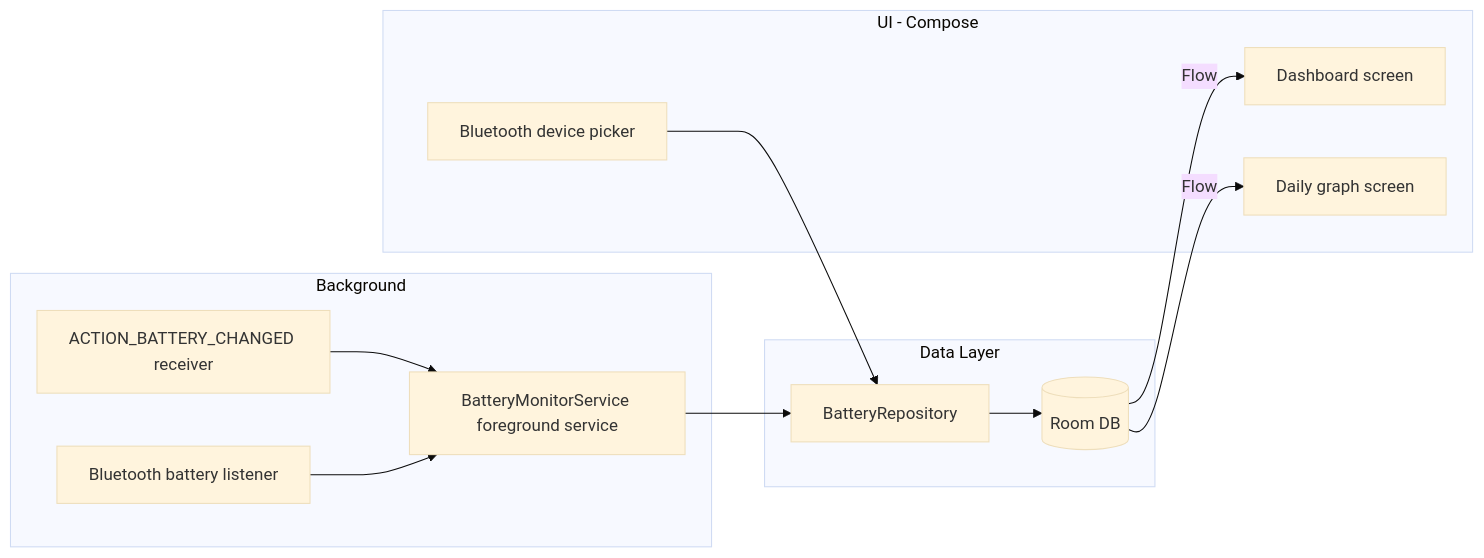
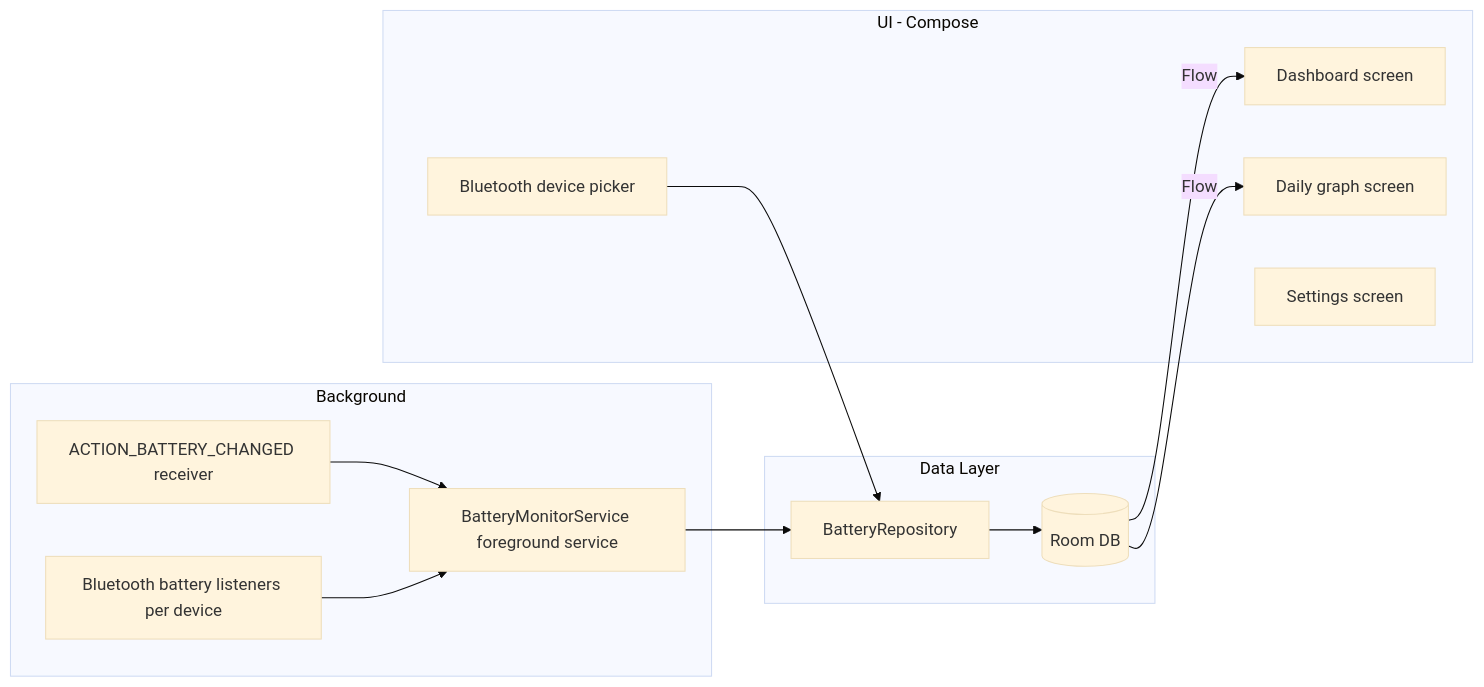
Before and after one commit to r3loop3r89/BatteryMax: the diagram in docs/PLAN.md, drawn with Mermaid (base theme). The commit also changed other lines of this file and 27 other files, not shown here.

````diff
--- a/docs/PLAN.md
+++ b/docs/PLAN.md
@@ -13,24 +9,25 @@
 ```mermaid
 flowchart LR
     subgraph bg [Background]
         Service[BatteryMonitorService foreground service]
         BatteryRx[ACTION_BATTERY_CHANGED receiver]
-        BtRx[Bluetooth battery listener]
+        BtRx[Bluetooth battery listeners per device]
     end
     subgraph data [Data Layer]
         Repo[BatteryRepository]
         Room[(Room DB)]
     end
     subgraph ui [UI - Compose]
         Dashboard[Dashboard screen]
         Graph[Daily graph screen]
         Devices[Bluetooth device picker]
+        Settings[Settings screen]
     end
     BatteryRx --> Service
     BtRx --> Service
     Service --> Repo
     Repo --> Room
     Room -->|Flow| Dashboard
     Room -->|Flow| Graph
     Devices --> Repo
 ```
````
